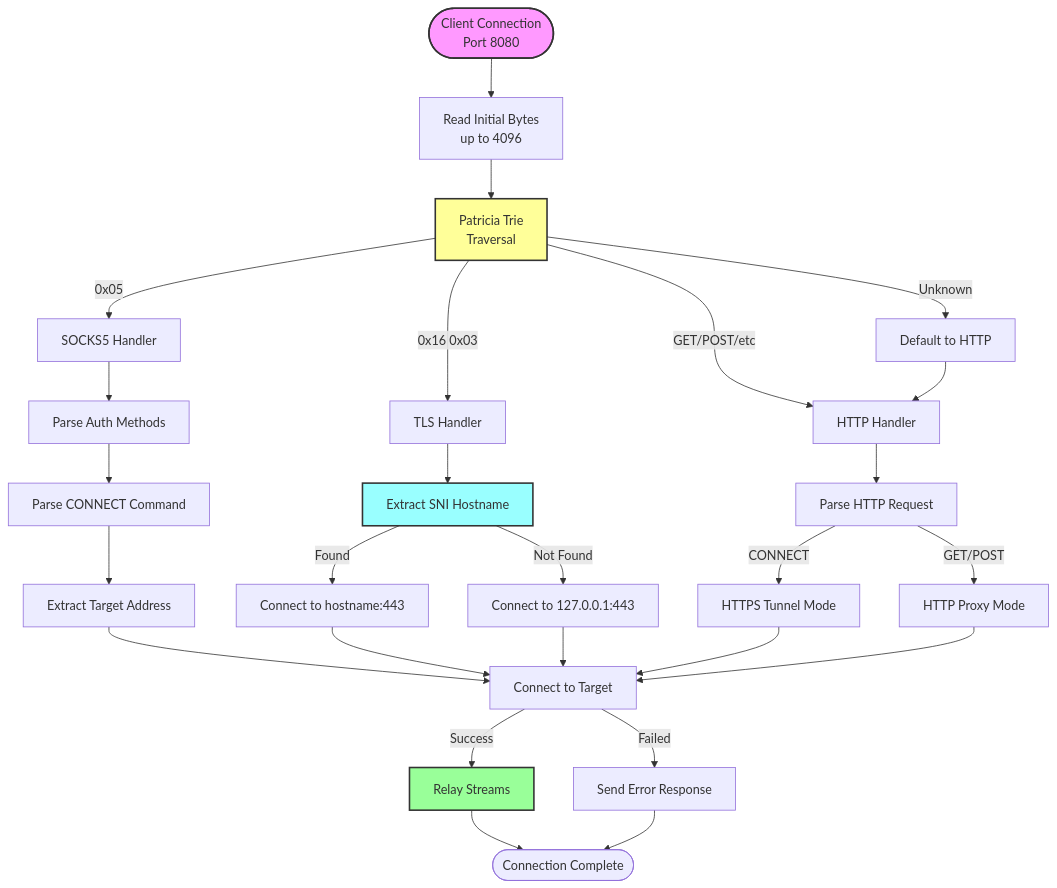
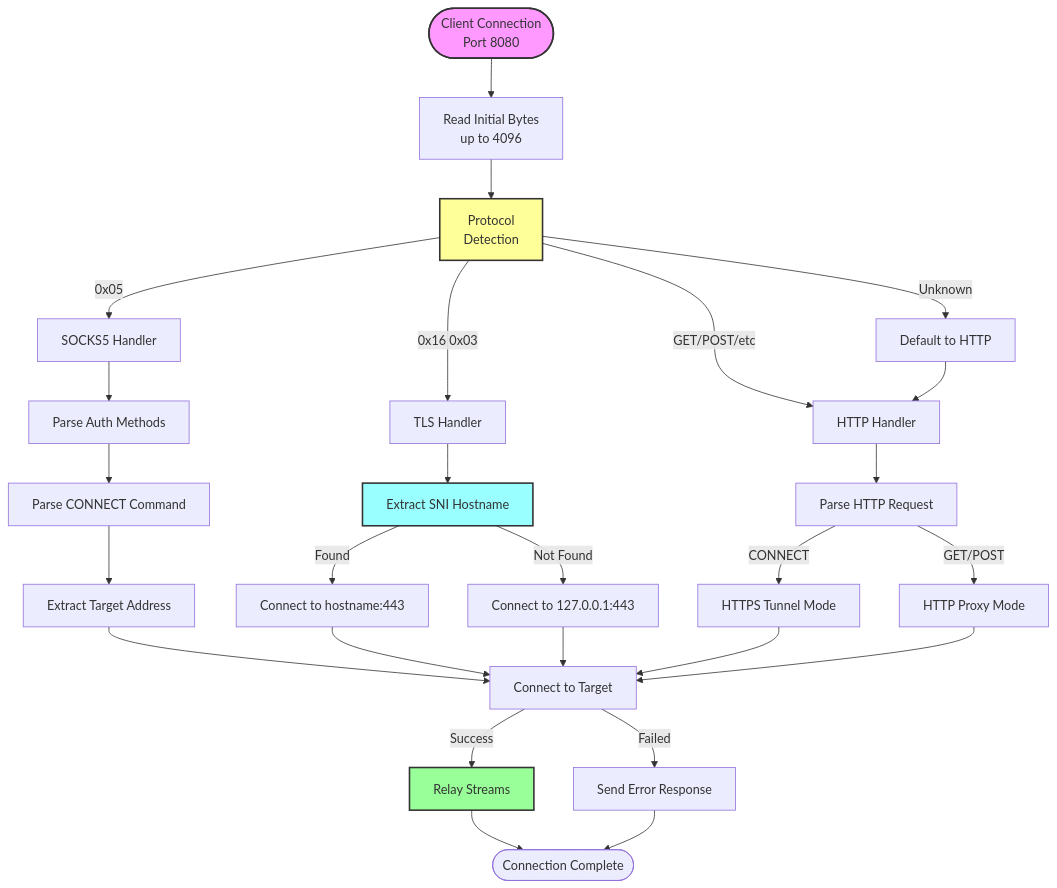
Before and after one commit to jnorthrup/literbike: the fifth of 5 diagrams in README.md, drawn with Mermaid. The commit also changed other lines of this file and 46 other files, not shown here.

````diff
--- a/README.md
+++ b/README.md
@@ -435,44 +443,44 @@
 ```mermaid
 flowchart TD
     Start([Client Connection<br/>Port 8080])
     Read[Read Initial Bytes<br/>up to 4096]
-    Patricia[Patricia Trie<br/>Traversal]
+    Detect[Protocol<br/>Detection]
     
     Start --> Read
-    Read --> Patricia
+    Read --> Detect
     
-    Patricia -->|0x05| SOCKS5Handler[SOCKS5 Handler]
-    Patricia -->|0x16 0x03| TLSHandler[TLS Handler]
-    Patricia -->|GET/POST/etc| HTTPHandler[HTTP Handler]
-    Patricia -->|Unknown| DefaultHTTP[Default to HTTP] 
+    Detect -->|0x05| SOCKS5Handler[SOCKS5 Handler]
+    Detect -->|0x16 0x03| TLSHandler[TLS Handler]
+    Detect -->|GET/POST/etc| HTTPHandler[HTTP Handler]
+    Detect -->|Unknown| DefaultHTTP[Default to HTTP] 
     
     SOCKS5Handler --> SOCKS5Auth[Parse Auth Methods]
     SOCKS5Auth --> SOCKS5Cmd[Parse CONNECT Command]
     SOCKS5Cmd --> SOCKS5Target[Extract Target Address]
     
     TLSHandler --> SNIParse[Extract SNI Hostname]
     SNIParse -->|Found| TLSConnect[Connect to hostname:443]
     SNIParse -->|Not Found| TLSDefault[Connect to 127.0.0.1:443]
     
     HTTPHandler --> HTTPParse[Parse HTTP Request]
     HTTPParse -->|CONNECT| HTTPTunnel[HTTPS Tunnel Mode]
     HTTPParse -->|GET/POST| HTTPProxy[HTTP Proxy Mode]
     
     SOCKS5Target --> ConnectTarget[Connect to Target]
     TLSConnect --> ConnectTarget
     TLSDefault --> ConnectTarget
     HTTPTunnel --> ConnectTarget
     HTTPProxy --> ConnectTarget
     DefaultHTTP --> HTTPHandler
     
     ConnectTarget -->|Success| Relay[Relay Streams]
     ConnectTarget -->|Failed| Error[Send Error Response]
     
     Relay --> End([Connection Complete])
     Error --> End
     
     style Start fill:#f9f,stroke:#333,stroke-width:2px
-    style Patricia fill:#ff9,stroke:#333,stroke-width:2px
+    style Detect fill:#ff9,stroke:#333,stroke-width:2px
     style SNIParse fill:#9ff,stroke:#333,stroke-width:2px
     style Relay fill:#9f9,stroke:#333,stroke-width:2px
 ```
````
